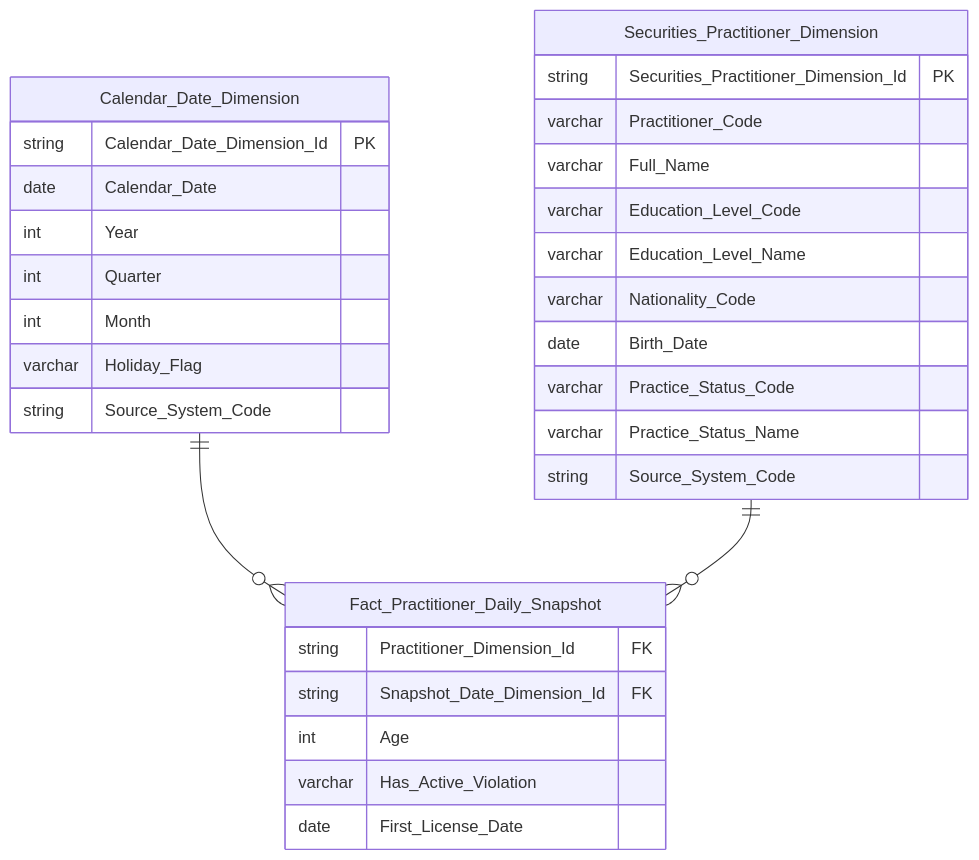
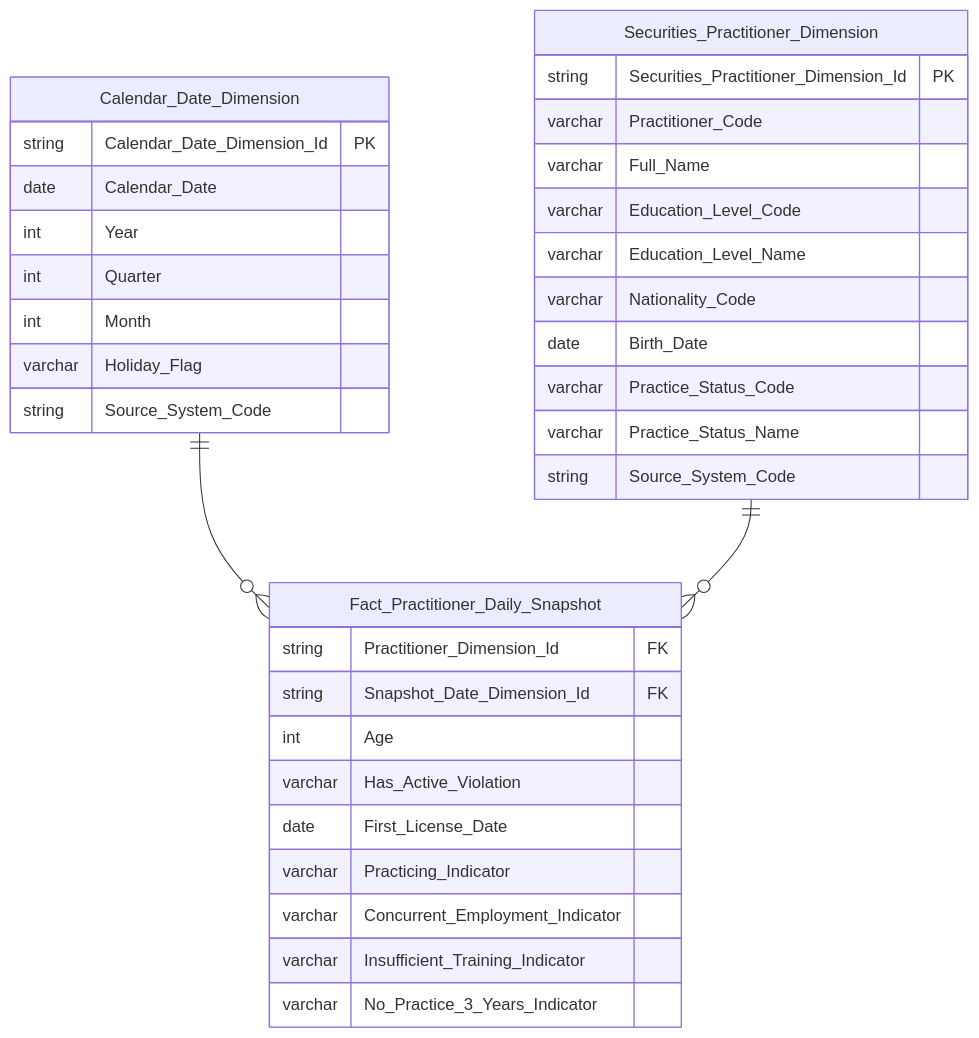
One commit to linhlvit/ubck_atomic_design changed diagram 14 of 40 in Datamart/hld/DTM_NHNCK_HLD.md. Above: the diagram before and after it, drawn with Mermaid. The commit also changed other lines of this file and 16 other files, not shown here.

````diff
--- a/Datamart/hld/DTM_NHNCK_HLD.md
+++ b/Datamart/hld/DTM_NHNCK_HLD.md
@@ -561,36 +573,40 @@
 ```mermaid
 erDiagram
     Calendar_Date_Dimension ||--o{ Fact_Practitioner_Daily_Snapshot : " "
     Securities_Practitioner_Dimension ||--o{ Fact_Practitioner_Daily_Snapshot : " "
 
     Fact_Practitioner_Daily_Snapshot {
         string Practitioner_Dimension_Id FK
         string Snapshot_Date_Dimension_Id FK
         int Age
         varchar Has_Active_Violation
         date First_License_Date
+        varchar Practicing_Indicator
+        varchar Concurrent_Employment_Indicator
+        varchar Insufficient_Training_Indicator
+        varchar No_Practice_3_Years_Indicator
     }
 
     Calendar_Date_Dimension {
         string Calendar_Date_Dimension_Id PK
         date Calendar_Date
         int Year
         int Quarter
         int Month
         varchar Holiday_Flag
         string Source_System_Code
     }
 
     Securities_Practitioner_Dimension {
         string Securities_Practitioner_Dimension_Id PK
         varchar Practitioner_Code
         varchar Full_Name
         varchar Education_Level_Code
         varchar Education_Level_Name
         varchar Nationality_Code
         date Birth_Date
         varchar Practice_Status_Code
         varchar Practice_Status_Name
         string Source_System_Code
     }
 ```
````
